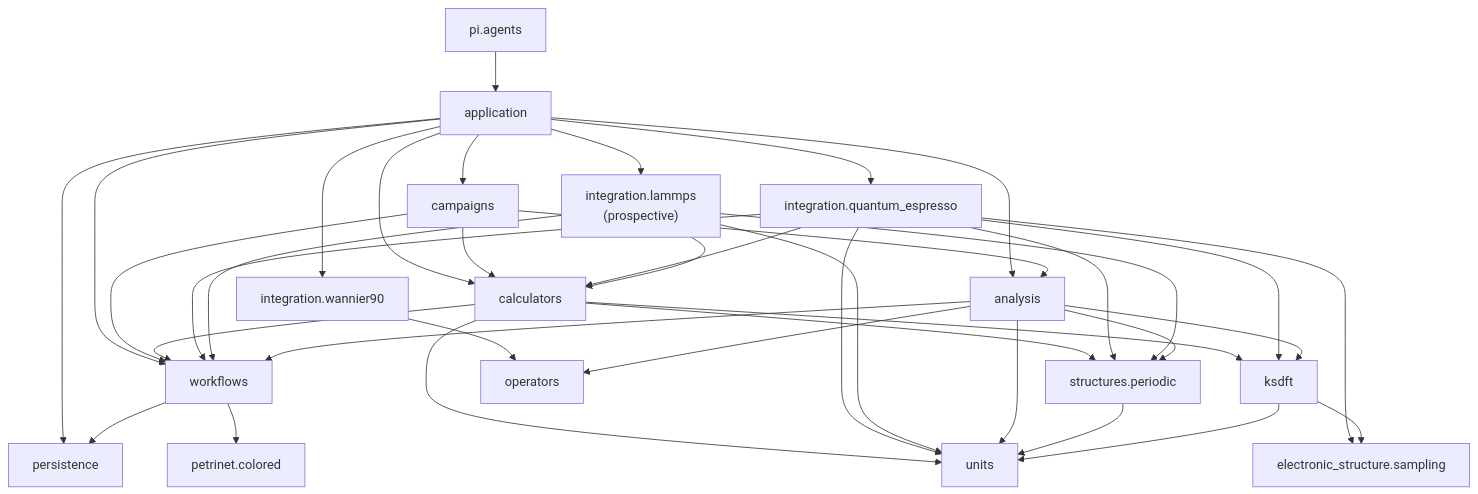
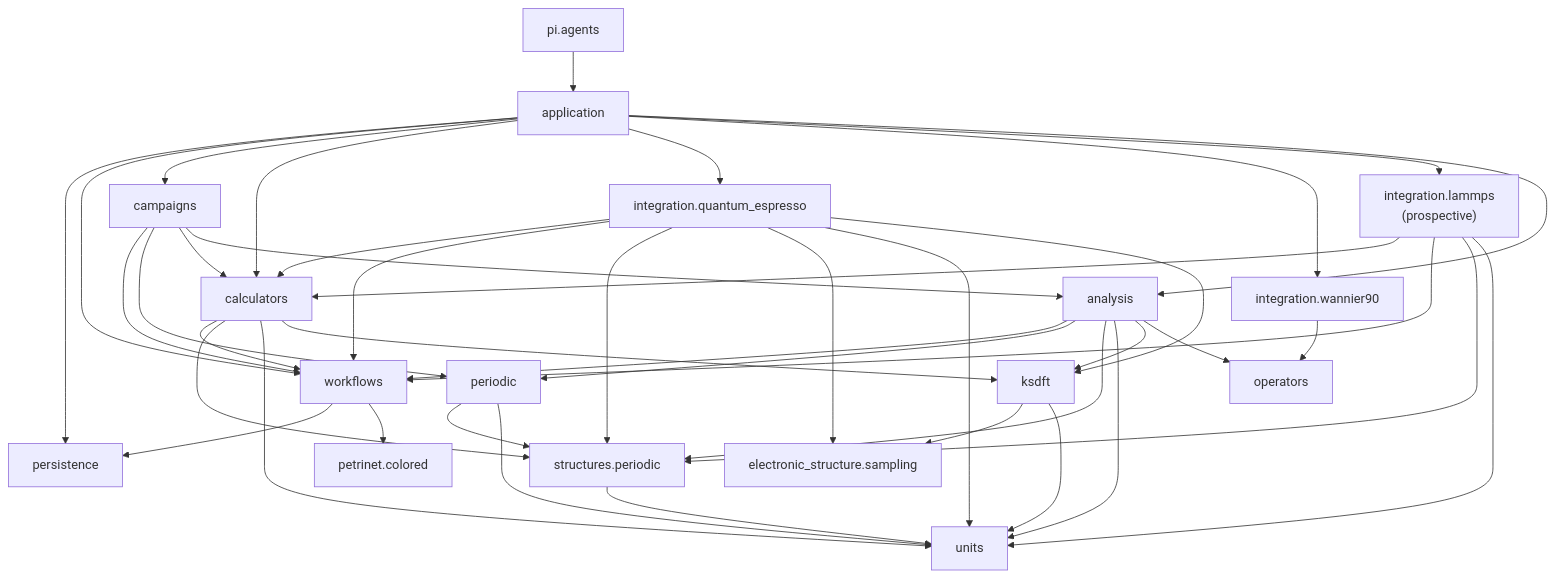
One commit to eragasa/ksdft2effmass changed the diagram in docs/architecture/v2/ksdft2effmass/index.md. Above: the diagram before and after it, drawn with Mermaid. The commit also changed other lines of this file and 11 other files, not shown here.

Commit message:
docs(architecture): define general periodic framework

````diff
--- a/docs/architecture/v2/ksdft2effmass/index.md
+++ b/docs/architecture/v2/ksdft2effmass/index.md
@@ -9,57 +9,62 @@
 ```mermaid
 flowchart TB
     app["application"]
     persistence["persistence"]
     workflows["workflows"]
     petrinet["petrinet.colored"]
     campaigns["campaigns"]
+    periodic["periodic"]
     calculators["calculators"]
     qe_integration["integration.quantum_espresso"]
     wannier90_integration["integration.wannier90"]
     lammps_integration["integration.lammps<br/>(prospective)"]
     structures["structures.periodic"]
     sampling["electronic_structure.sampling"]
     units["units"]
     ksdft["ksdft"]
     operators["operators"]
     analysis["analysis"]
     pi_agents["pi.agents"]
 
     pi_agents --> app
     app --> persistence
     app --> workflows
     app --> campaigns
     app --> calculators
     app --> qe_integration
     app --> wannier90_integration
     app --> lammps_integration
     app --> analysis
     workflows --> persistence
     workflows --> petrinet
     campaigns --> workflows
+    campaigns --> periodic
     campaigns --> calculators
     campaigns --> analysis
     calculators --> workflows
     calculators --> structures
     calculators --> units
     calculators --> ksdft
     qe_integration --> calculators
     qe_integration --> workflows
     qe_integration --> structures
     qe_integration --> sampling
     qe_integration --> units
     qe_integration --> ksdft
     wannier90_integration --> operators
     lammps_integration --> calculators
     lammps_integration --> workflows
     lammps_integration --> structures
     lammps_integration --> units
     analysis --> workflows
+    analysis --> periodic
     analysis --> structures
     analysis --> units
     analysis --> ksdft
+    periodic --> structures
+    periodic --> units
     structures --> units
     ksdft --> sampling
     ksdft --> units
     analysis --> operators
 ```
````
